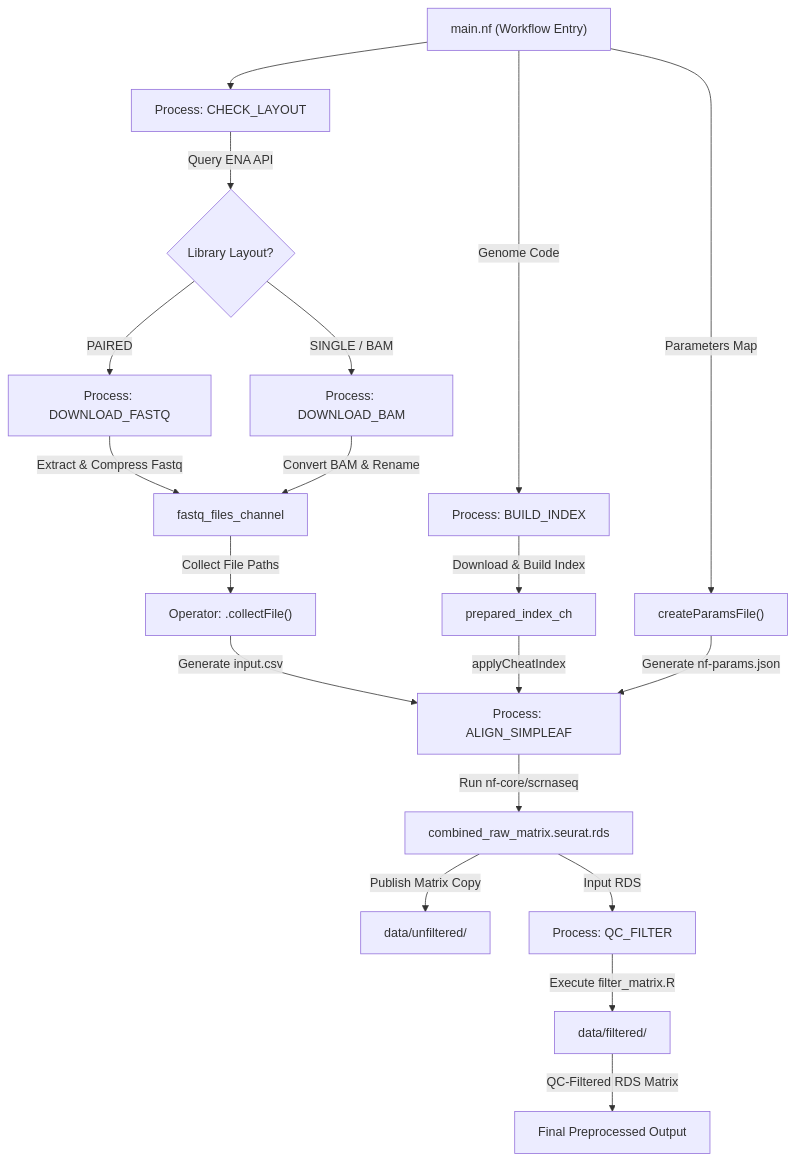
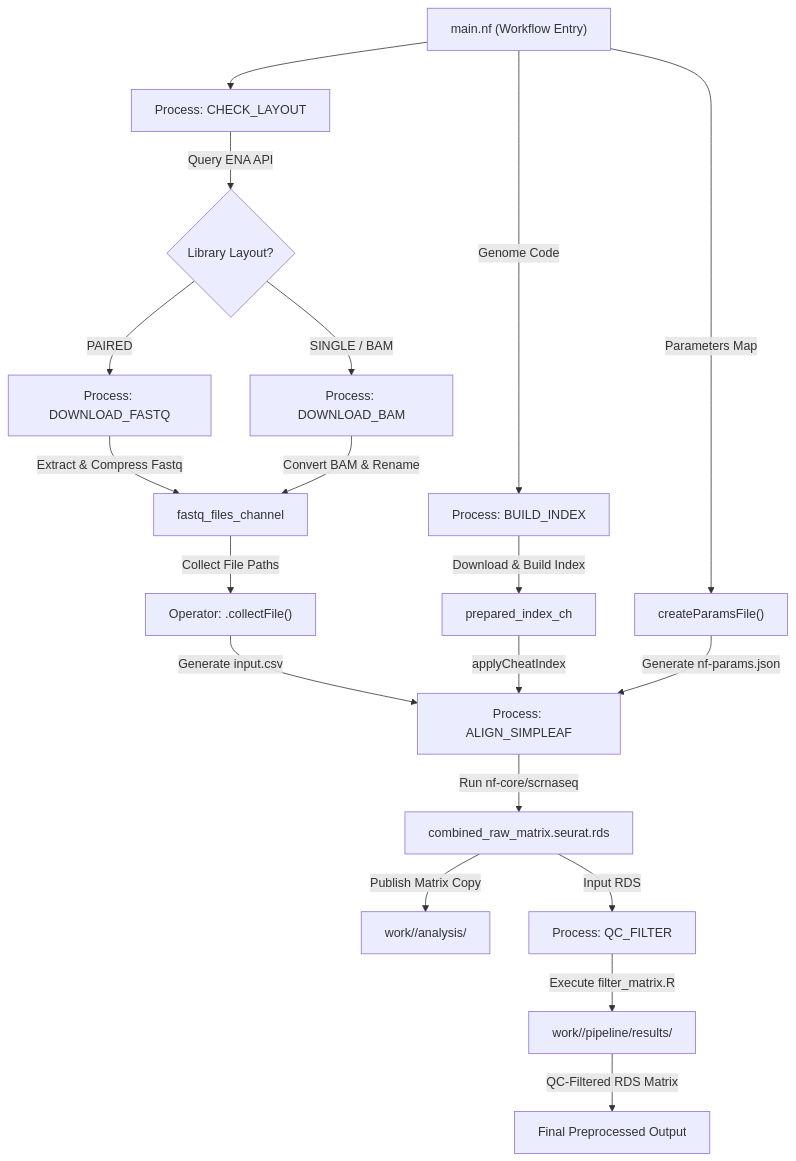
The diagram in docs/pipeline_workflow.md (ldelitala/sc-isoform-cotan), drawn with Mermaid before and after one commit. The commit also changed other lines of this file and 16 other files, not shown here.

````diff
--- a/docs/pipeline_workflow.md
+++ b/docs/pipeline_workflow.md
@@ -7,28 +7,28 @@
 ```mermaid
 graph TD
     A["main.nf (Workflow Entry)"] --> B["Process: CHECK_LAYOUT"]
     B -->|Query ENA API| C{Library Layout?}
     
     C -->|PAIRED| D["Process: DOWNLOAD_FASTQ"]
     C -->|SINGLE / BAM| E["Process: DOWNLOAD_BAM"]
     
     D -->|Extract & Compress Fastq| F["fastq_files_channel"]
     E -->|Convert BAM & Rename| F
     
     F -->|Collect File Paths| G["Operator: .collectFile()"]
     G -->|Generate input.csv| H["Process: ALIGN_SIMPLEAF"]
     
     A -->|Genome Code| O["Process: BUILD_INDEX"]
     O -->|Download & Build Index| P["prepared_index_ch"]
     P -->|applyCheatIndex| H
     
     A -->|Parameters Map| I["createParamsFile()"]
     I -->|Generate nf-params.json| H
     
     H -->|Run nf-core/scrnaseq| J["combined_raw_matrix.seurat.rds"]
-    J -->|Publish Matrix Copy| K["data/unfiltered/"]
+    J -->|Publish Matrix Copy| K["work/<dataset>/analysis/"]
     
     J -->|Input RDS| L["Process: QC_FILTER"]
-    L -->|Execute filter_matrix.R| M["data/filtered/"]
+    L -->|Execute filter_matrix.R| M["work/<dataset>/pipeline/results/"]
     M -->|QC-Filtered RDS Matrix| N["Final Preprocessed Output"]
 ```
````
